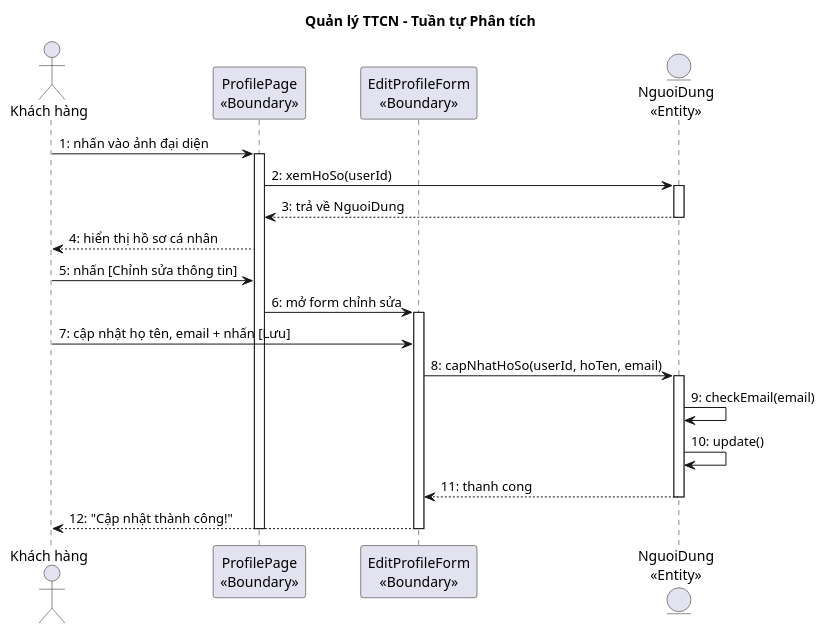
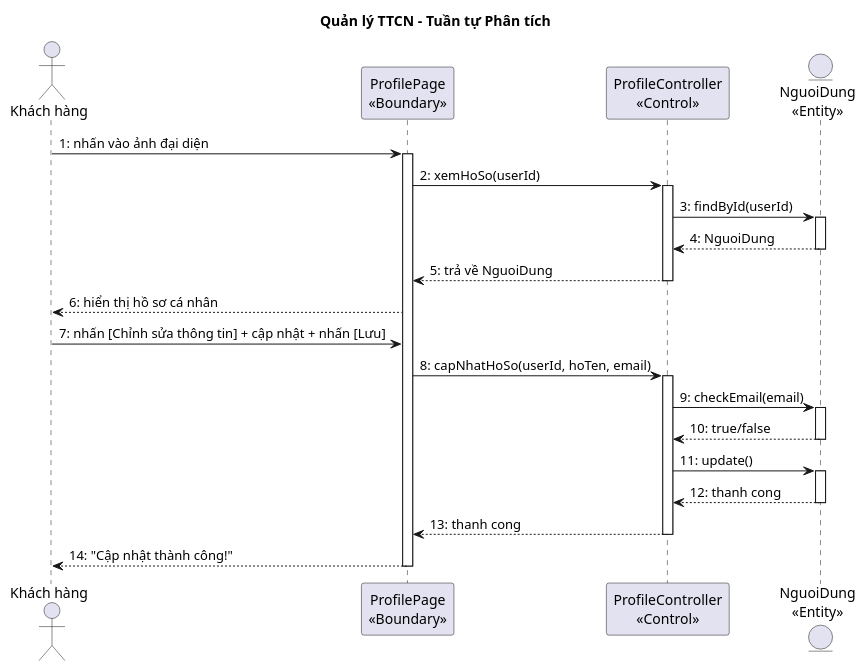
Before and after one commit to thanhtrnnn/cnpm: the fourth of 5 diagrams in docs/tabs/section-account-ii.md, drawn with PlantUML. The commit also changed other lines of this file and 10 other files, not shown here.

````diff
--- a/docs/tabs/section-account-ii.md
+++ b/docs/tabs/section-account-ii.md
@@ -369,31 +396,37 @@
 ```plantuml
 @startuml
 title Quản lý TTCN – Tuần tự Phân tích
 
 actor "Khách hàng" as KH
 participant "ProfilePage\n<<Boundary>>" as B1
-participant "EditProfileForm\n<<Boundary>>" as B2
+participant "ProfileController\n<<Control>>" as C1
 entity "NguoiDung\n<<Entity>>" as E1
 
 KH -> B1 : 1: nhấn vào ảnh đại diện
 activate B1
-B1 -> E1 : 2: xemHoSo(userId)
+B1 -> C1 : 2: xemHoSo(userId)
+activate C1
+C1 -> E1 : 3: findById(userId)
 activate E1
-E1 --> B1 : 3: trả về NguoiDung
+E1 --> C1 : 4: NguoiDung
 deactivate E1
-B1 --> KH : 4: hiển thị hồ sơ cá nhân
-KH -> B1 : 5: nhấn [Chỉnh sửa thông tin]
-B1 -> B2 : 6: mở form chỉnh sửa
-activate B2
-KH -> B2 : 7: cập nhật họ tên, email + nhấn [Lưu]
-B2 -> E1 : 8: capNhatHoSo(userId, hoTen, email)
+C1 --> B1 : 5: trả về NguoiDung
+deactivate C1
+B1 --> KH : 6: hiển thị hồ sơ cá nhân
+KH -> B1 : 7: nhấn [Chỉnh sửa thông tin] + cập nhật + nhấn [Lưu]
+B1 -> C1 : 8: capNhatHoSo(userId, hoTen, email)
+activate C1
+C1 -> E1 : 9: checkEmail(email)
 activate E1
-E1 -> E1 : 9: checkEmail(email)
-E1 -> E1 : 10: update()
-E1 --> B2 : 11: thanh cong
+E1 --> C1 : 10: true/false
 deactivate E1
-B2 --> KH : 12: "Cập nhật thành công!"
-deactivate B2
+C1 -> E1 : 11: update()
+activate E1
+E1 --> C1 : 12: thanh cong
+deactivate E1
+C1 --> B1 : 13: thanh cong
+deactivate C1
+B1 --> KH : 14: "Cập nhật thành công!"
 deactivate B1
 @enduml
 ```
````
